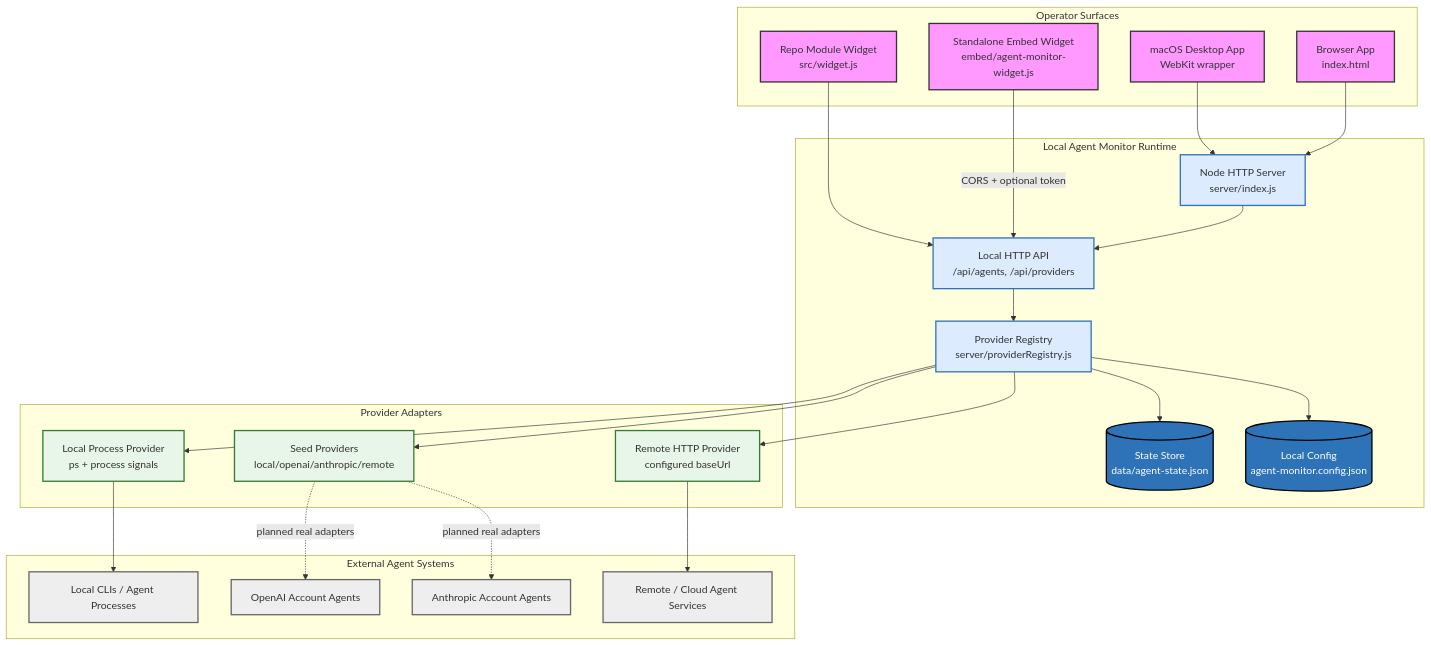
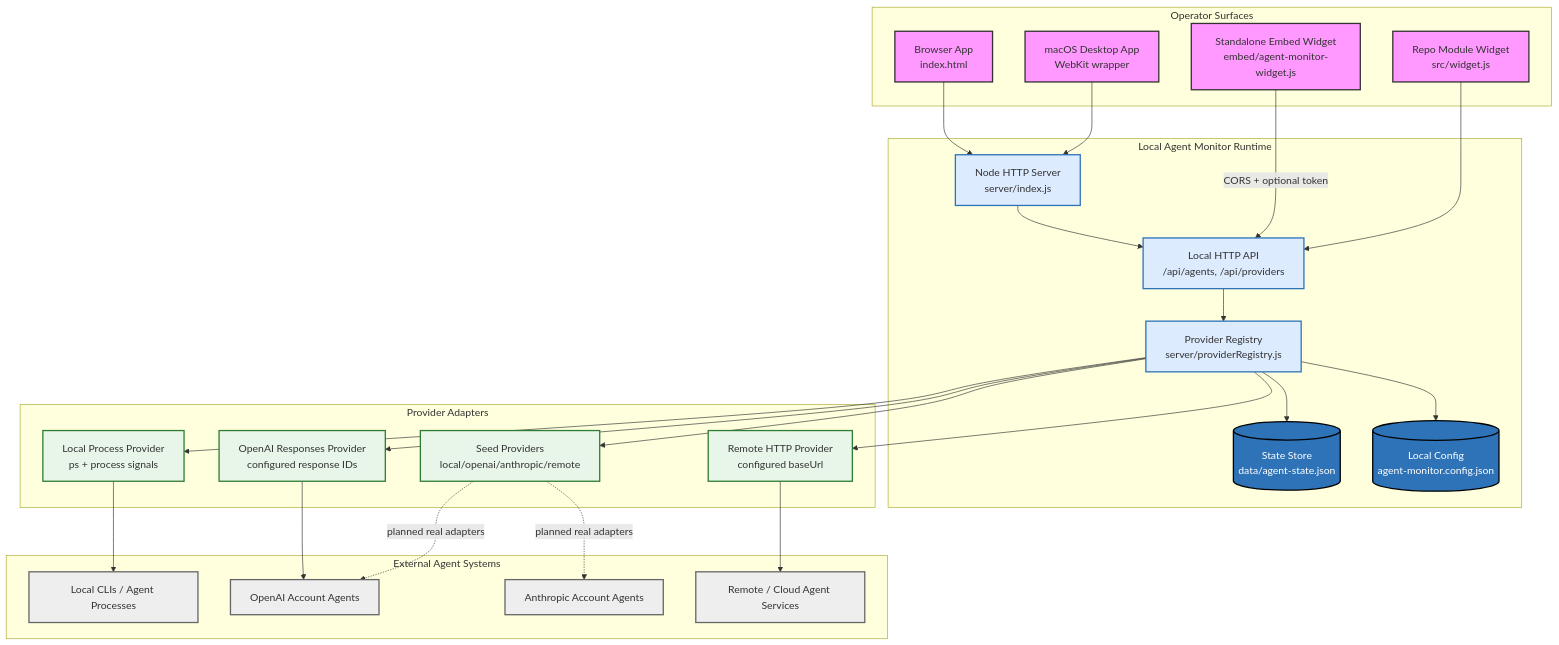
The first of 3 diagrams in project_design.md (NTitterton/agent-monitor), drawn with Mermaid before and after one commit. The commit also changed other lines of this file and 6 other files, not shown here.

Commit message:
Add OpenAI Responses provider

````diff
--- a/project_design.md
+++ b/project_design.md
@@ -7,57 +7,60 @@
 ```mermaid
 graph TD
     subgraph "Operator Surfaces"
         Desktop["macOS Desktop App<br/>WebKit wrapper"]
         Browser["Browser App<br/>index.html"]
         ModuleWidget["Repo Module Widget<br/>src/widget.js"]
         StandaloneWidget["Standalone Embed Widget<br/>embed/agent-monitor-widget.js"]
     end
 
     subgraph "Local Agent Monitor Runtime"
         StaticServer["Node HTTP Server<br/>server/index.js"]
         API["Local HTTP API<br/>/api/agents, /api/providers"]
         Registry["Provider Registry<br/>server/providerRegistry.js"]
         StateStore[("State Store<br/>data/agent-state.json")]
         Config[("Local Config<br/>agent-monitor.config.json")]
     end
 
     subgraph "Provider Adapters"
         SeedProviders["Seed Providers<br/>local/openai/anthropic/remote"]
         LocalProcess["Local Process Provider<br/>ps + process signals"]
         RemoteHTTP["Remote HTTP Provider<br/>configured baseUrl"]
+        OpenAIResponses["OpenAI Responses Provider<br/>configured response IDs"]
     end
 
     subgraph "External Agent Systems"
         LocalAgents["Local CLIs / Agent Processes"]
         OpenAI["OpenAI Account Agents"]
         Anthropic["Anthropic Account Agents"]
         CloudAgents["Remote / Cloud Agent Services"]
     end
 
     Desktop --> StaticServer
     Browser --> StaticServer
     ModuleWidget --> API
     StandaloneWidget -- "CORS + optional token" --> API
     StaticServer --> API
     API --> Registry
     Registry --> StateStore
     Registry --> Config
     Registry --> SeedProviders
     Registry --> LocalProcess
     Registry --> RemoteHTTP
+    Registry --> OpenAIResponses
     LocalProcess --> LocalAgents
     SeedProviders -. planned real adapters .-> OpenAI
     SeedProviders -. planned real adapters .-> Anthropic
     RemoteHTTP --> CloudAgents
+    OpenAIResponses --> OpenAI
 
     classDef surface fill:#f9f,stroke:#333,stroke-width:2px;
     classDef runtime fill:#DDEBFF,stroke:#2E73B8,stroke-width:2px;
     classDef store fill:#2E73B8,stroke:#000,stroke-width:2px,color:#fff;
     classDef provider fill:#E8F5E9,stroke:#2E7D32,stroke-width:2px;
     classDef external fill:#EEE,stroke:#666,stroke-width:2px;
     class Desktop,Browser,ModuleWidget,StandaloneWidget surface;
     class StaticServer,API,Registry runtime;
     class StateStore,Config store;
-    class SeedProviders,LocalProcess,RemoteHTTP provider;
+    class SeedProviders,LocalProcess,RemoteHTTP,OpenAIResponses provider;
     class LocalAgents,OpenAI,Anthropic,CloudAgents external;
 ```
````
